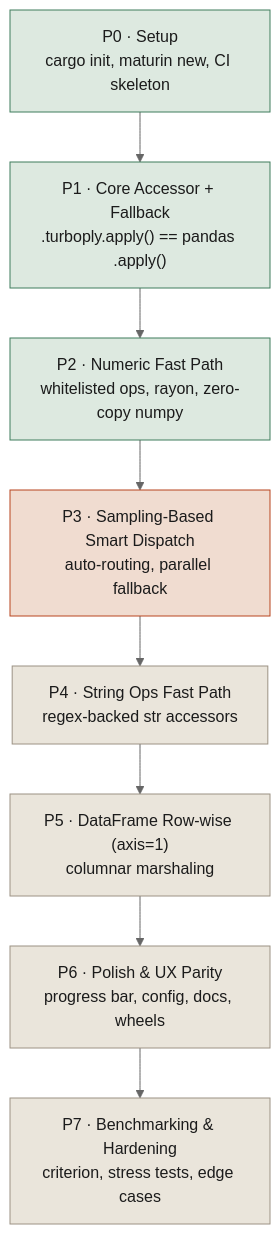
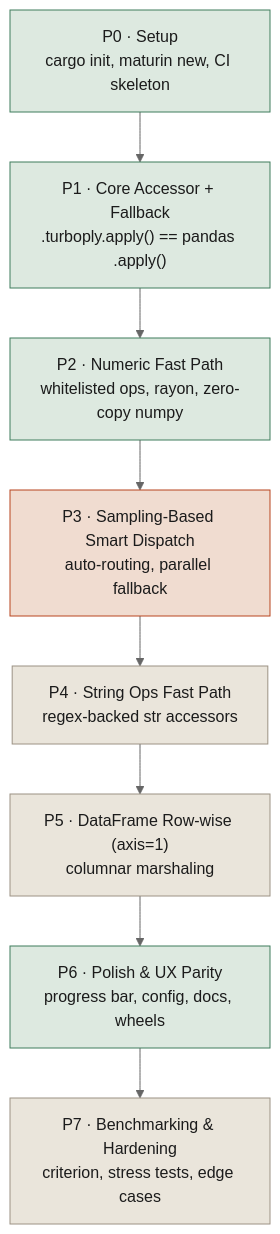
Before and after one commit to P-Sudhakar-tech/FastApply: the diagram in claude.md, drawn with Mermaid (neutral theme). The commit also changed other lines of this file and 7 other files, not shown here.

````diff
--- a/claude.md
+++ b/claude.md
@@ -91,18 +98,18 @@
 ```mermaid
 flowchart TD
     P0["P0 · Setup\ncargo init, maturin new, CI skeleton"] --> P1
     P1["P1 · Core Accessor + Fallback\n.turboply.apply() == pandas .apply()"] --> P2
     P2["P2 · Numeric Fast Path\nwhitelisted ops, rayon, zero-copy numpy"] --> P3
     P3["P3 · Sampling-Based Smart Dispatch\nauto-routing, parallel fallback"] --> P4
     P4["P4 · String Ops Fast Path\nregex-backed str accessors"] --> P5
     P5["P5 · DataFrame Row-wise (axis=1)\ncolumnar marshaling"] --> P6
     P6["P6 · Polish & UX Parity\nprogress bar, config, docs, wheels"] --> P7
     P7["P7 · Benchmarking & Hardening\ncriterion, stress tests, edge cases"]
 
     classDef done fill:#dde9e0,stroke:#3f7d5c,color:#1b1b1b;
     classDef next fill:#f0dcd0,stroke:#b8441f,color:#1b1b1b;
     classDef planned fill:#eae5db,stroke:#9c9284,color:#1b1b1b;
-    class P0,P1,P2 done;
+    class P0,P1,P2,P6 done;
     class P3 next;
-    class P4,P5,P6,P7 planned;
+    class P4,P5,P7 planned;
 ```
````
